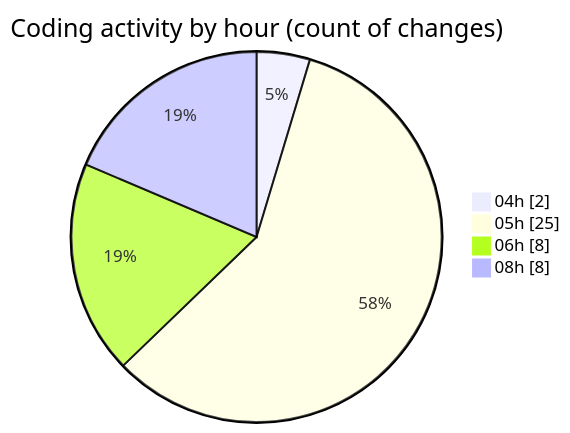
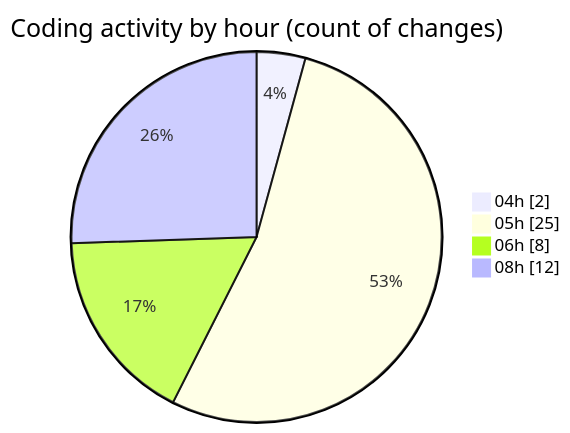
The second of 2 diagrams in 2024-12-31/nyah/README.md (3Nya3/code-tracking), drawn with Mermaid before and after one commit. The commit also changed other lines of this file and 1 other file, not shown here.

````diff
--- a/2024-12-31/nyah/README.md
+++ b/2024-12-31/nyah/README.md
@@ -32,8 +33,8 @@
 ```mermaid
 pie showData
 title Coding activity by hour (count of changes)
 "04h" : 2
 "05h" : 25
 "06h" : 8
-"08h" : 8
+"08h" : 12
 ```
````
